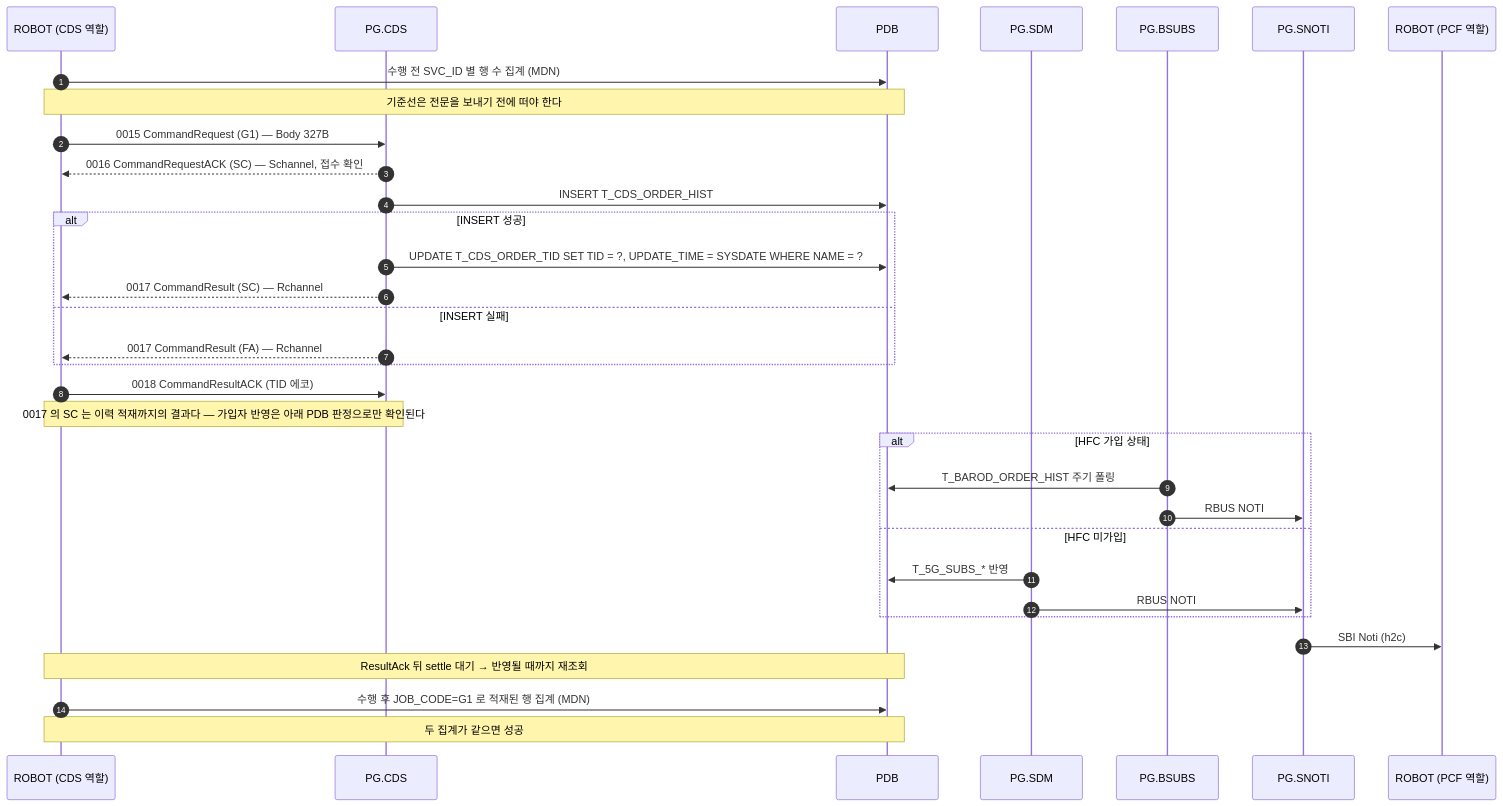
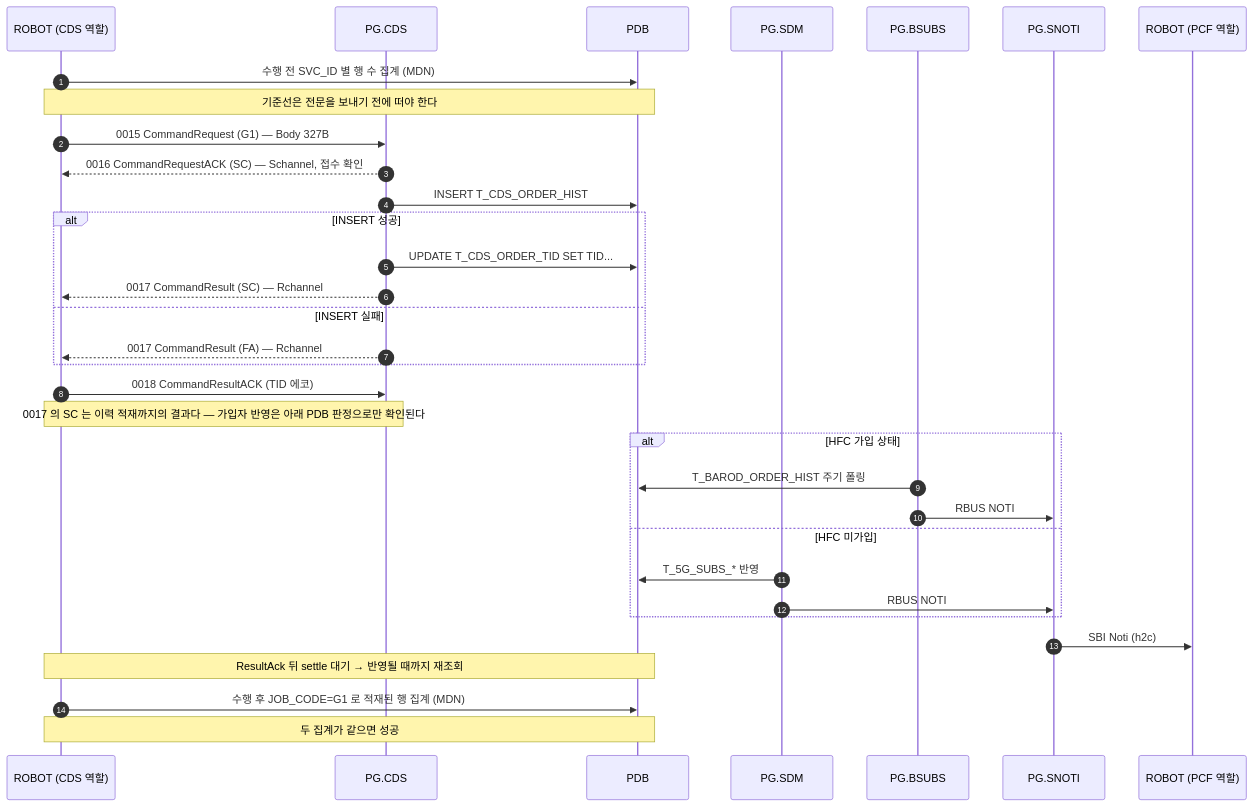
One commit to IanKim2030/tc4robot changed the diagram in docs/callflow/CDS_G1.md. Above: the diagram before and after it, drawn with Mermaid. The commit also changed 19 other files, not shown here.

First line of the commit message:
docs: 다이어그램의 TID UPDATE 를 짧게 (SET TID...)

````diff
--- a/docs/callflow/CDS_G1.md
+++ b/docs/callflow/CDS_G1.md
@@ -17,37 +17,37 @@
 ```mermaid
 sequenceDiagram
     autonumber
     participant TOOL as ROBOT (CDS 역할)
     participant PCDS as PG.CDS
     participant PDB as PDB
     participant SDM as PG.SDM
     participant BSUBS as PG.BSUBS
     participant SNOTI as PG.SNOTI
     participant PCF as ROBOT (PCF 역할)
 
     TOOL->>PDB: 수행 전 SVC_ID 별 행 수 집계 (MDN)
     Note over TOOL,PDB: 기준선은 전문을 보내기 전에 떠야 한다
     TOOL->>PCDS: 0015 CommandRequest (G1) — Body 327B
     PCDS-->>TOOL: 0016 CommandRequestACK (SC) — Schannel, 접수 확인
     PCDS->>PDB: INSERT T_CDS_ORDER_HIST
     alt INSERT 성공
-        PCDS->>PDB: UPDATE T_CDS_ORDER_TID SET TID = ?, UPDATE_TIME = SYSDATE WHERE NAME = ?
+        PCDS->>PDB: UPDATE T_CDS_ORDER_TID SET TID...
         PCDS-->>TOOL: 0017 CommandResult (SC) — Rchannel
     else INSERT 실패
         PCDS-->>TOOL: 0017 CommandResult (FA) — Rchannel
     end
     TOOL->>PCDS: 0018 CommandResultACK (TID 에코)
     Note over TOOL,PCDS: 0017 의 SC 는 이력 적재까지의 결과다 — 가입자 반영은 아래 PDB 판정으로만 확인된다
 
     alt HFC 가입 상태
         BSUBS->>PDB: T_BAROD_ORDER_HIST 주기 폴링
         BSUBS->>SNOTI: RBUS NOTI
     else HFC 미가입
         SDM->>PDB: T_5G_SUBS_* 반영
         SDM->>SNOTI: RBUS NOTI
     end
     SNOTI->>PCF: SBI Noti (h2c)
     Note over TOOL,PDB: ResultAck 뒤 settle 대기 → 반영될 때까지 재조회
     TOOL->>PDB: 수행 후 JOB_CODE=G1 로 적재된 행 집계 (MDN)
     Note over TOOL,PDB: 두 집계가 같으면 성공
 ```
````
